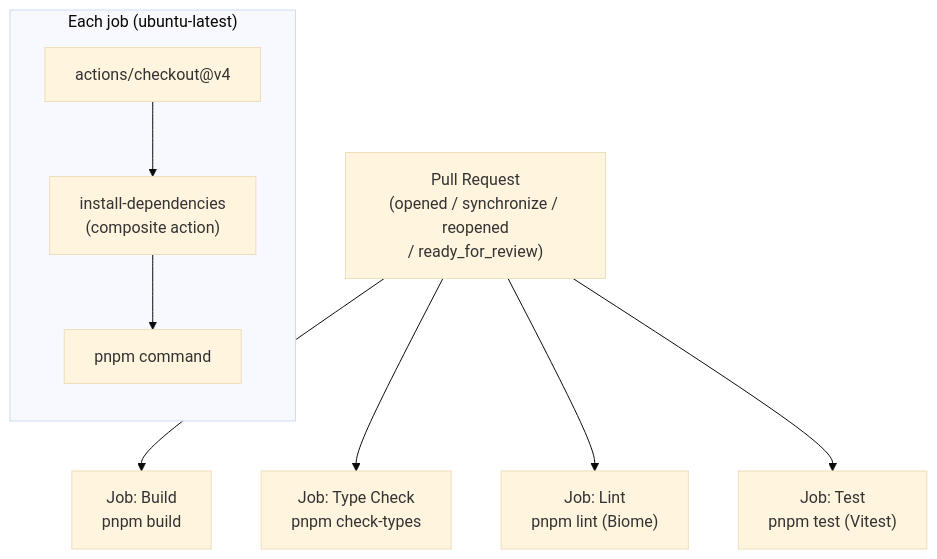
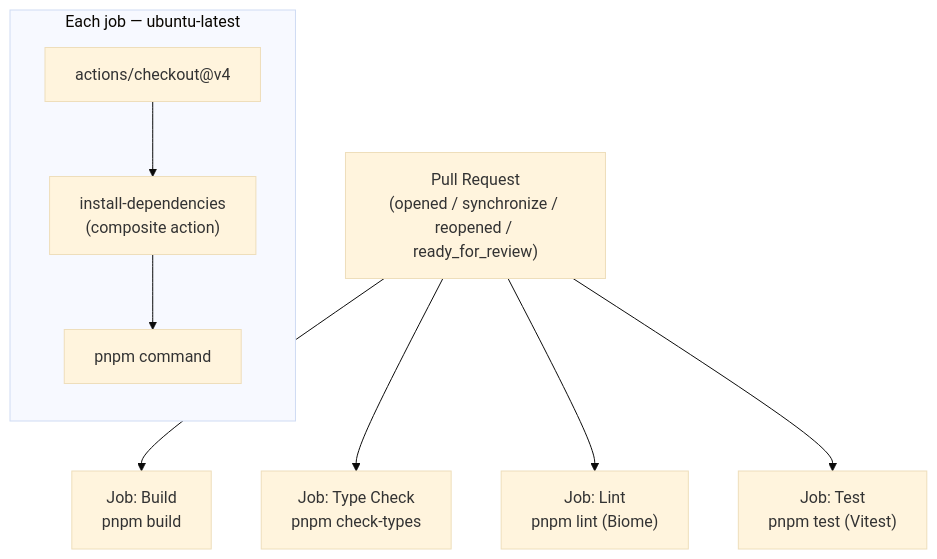
One commit to mathieusouflis/HETIC-projet-cinema changed the first of 5 diagrams in apps/documentation/architecture/ci-cd.md. Above: the diagram before and after it, drawn with Mermaid (base theme). The commit also changed other lines of this file, not shown here.

````diff
--- a/apps/documentation/architecture/ci-cd.md
+++ b/apps/documentation/architecture/ci-cd.md
@@ -19,17 +22,17 @@
 ```mermaid
 flowchart TD
-    PR["Pull Request\n(opened / synchronize / reopened\n/ ready_for_review)"]
+    PR["Pull Request\n(opened / synchronize / reopened / ready_for_review)"]
 
     PR --> JB["Job: Build\npnpm build"]
     PR --> JCT["Job: Type Check\npnpm check-types"]
     PR --> JL["Job: Lint\npnpm lint (Biome)"]
     PR --> JT["Job: Test\npnpm test (Vitest)"]
 
-    subgraph each_job["Each job (ubuntu-latest)"]
+    subgraph each_job["Each job — ubuntu-latest"]
         direction TB
         CHECKOUT["actions/checkout@v4"]
         INSTALL["install-dependencies\n(composite action)"]
         CMD["pnpm command"]
         CHECKOUT --> INSTALL --> CMD
     end
 ```
````
